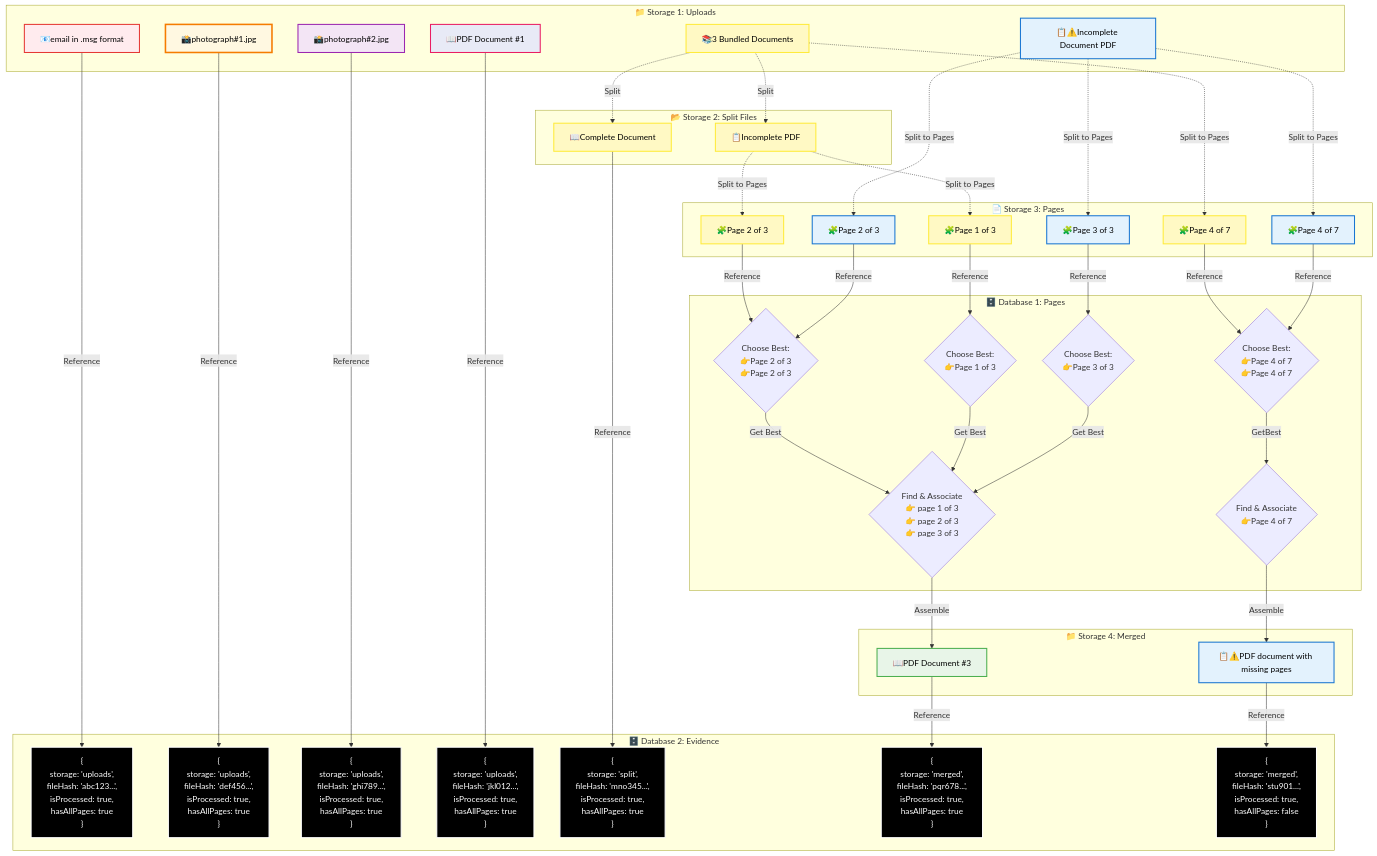
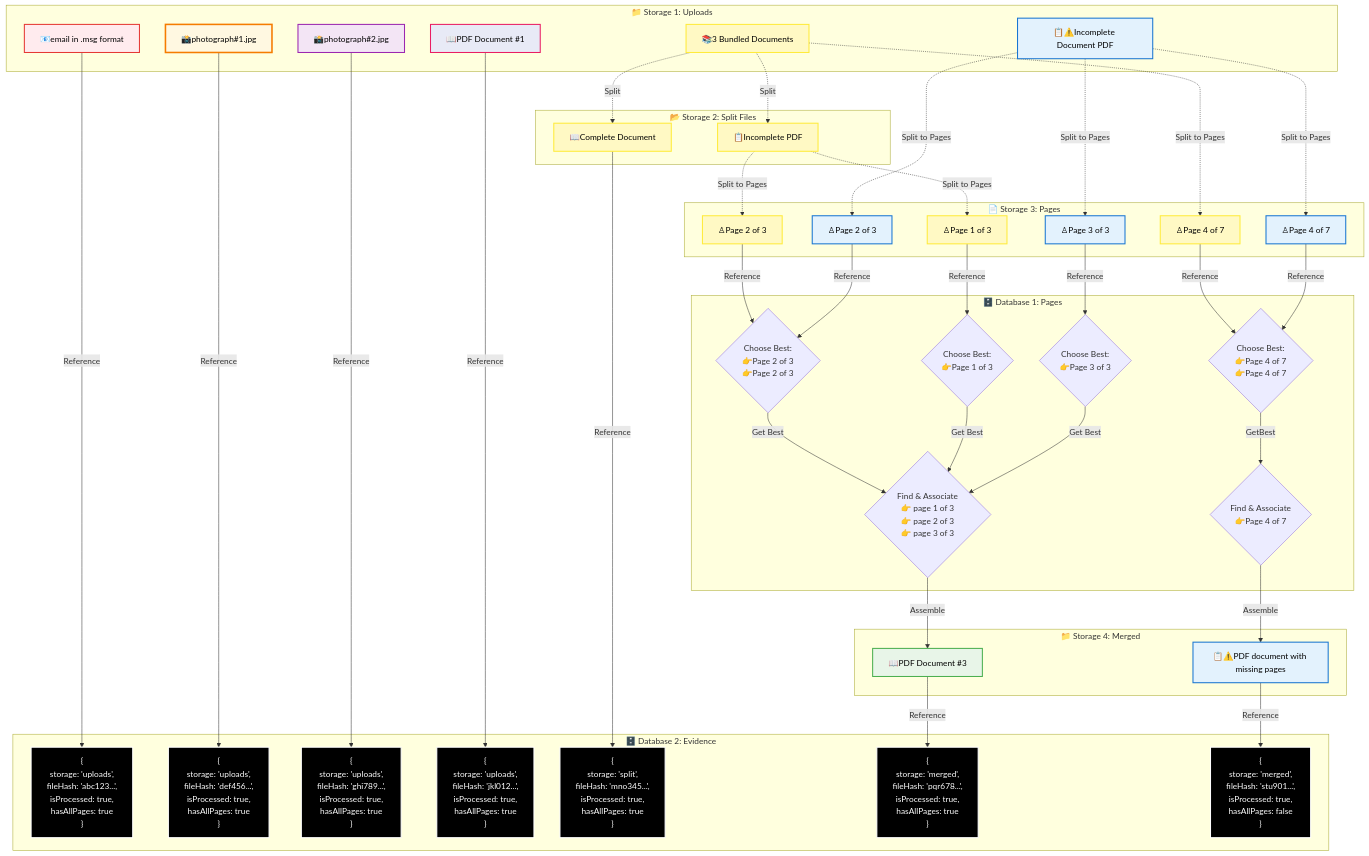
One commit to Mharbulous/Listbot.ca changed the diagram in docs/Features/Upload/Processing/document-processing-workflow.md. Above: the diagram before and after it, drawn with Mermaid. The commit also changed 3 other files, not shown here.

```diff
--- a/docs/Features/Upload/Processing/document-processing-workflow.md
+++ b/docs/Features/Upload/Processing/document-processing-workflow.md
@@ -40,12 +40,12 @@
     end
 
     subgraph Col3 ["📄 Storage 3: Pages"]
-        SoloPage1["🧩Page 1 of 3"]
-        PageRaw2["🧩Page 2 of 3"]
-        SoloPage2["🧩Page 2 of 3"]
-        PageRaw3["🧩Page 3 of 3"]
-        PageRaw1["🧩Page 4 of 7"]
-        OnePage_split["🧩Page 4 of 7"]
+        SoloPage1["♙Page 1 of 3"]
+        PageRaw2["♙Page 2 of 3"]
+        SoloPage2["♙Page 2 of 3"]
+        PageRaw3["♙Page 3 of 3"]
+        PageRaw1["♙Page 4 of 7"]
+        OnePage_split["♙Page 4 of 7"]
     end
 
     subgraph Col5 ["📁 Storage 4: Merged"]
```
